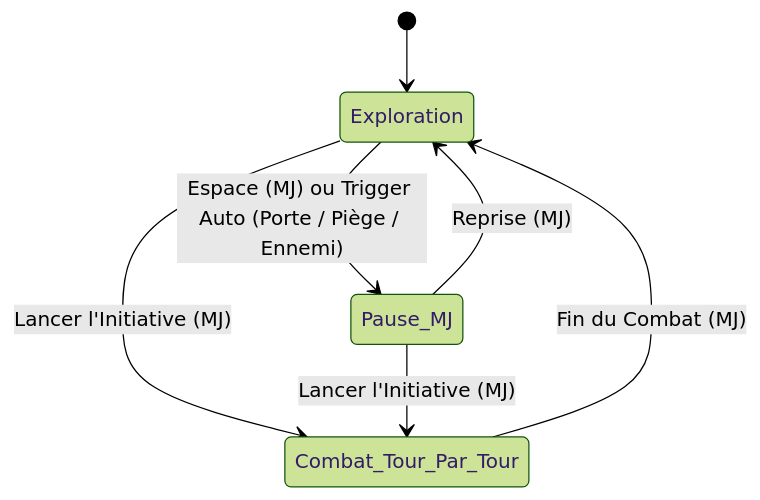
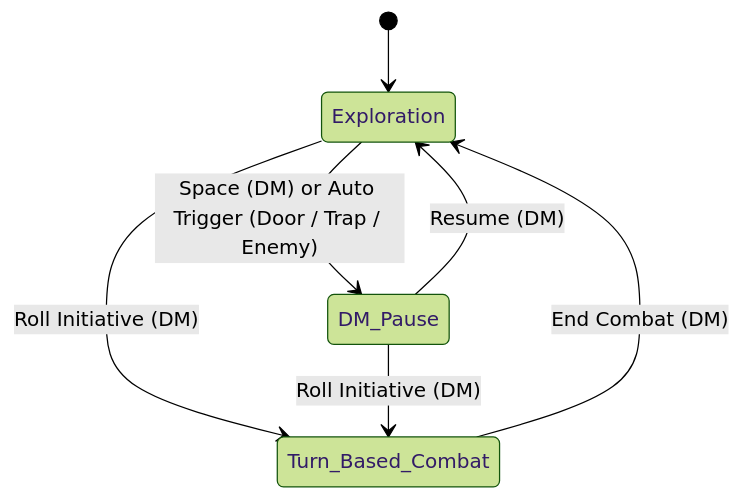
One commit to Hartorn-Inc/trame changed the diagram in docs/specs/01-TABLE-SPEC.md. Above: the diagram before and after it, drawn with Mermaid (forest theme). The commit also changed other lines of this file and 29 other files, not shown here.

Commit message:
docs: translate all specs/ADRs to English and add architectural module documentation

````diff
--- a/docs/specs/01-TABLE-SPEC.md
+++ b/docs/specs/01-TABLE-SPEC.md
@@ -11,9 +11,9 @@
 ```mermaid
 stateDiagram-v2
     [*] --> Exploration
-    Exploration --> Pause_MJ : Espace (MJ) ou Trigger Auto (Porte / Piège / Ennemi)
-    Pause_MJ --> Exploration : Reprise (MJ)
-    Exploration --> Combat_Tour_Par_Tour : Lancer l'Initiative (MJ)
-    Pause_MJ --> Combat_Tour_Par_Tour : Lancer l'Initiative (MJ)
-    Combat_Tour_Par_Tour --> Exploration : Fin du Combat (MJ)
+    Exploration --> DM_Pause : Space (DM) or Auto Trigger (Door / Trap / Enemy)
+    DM_Pause --> Exploration : Resume (DM)
+    Exploration --> Turn_Based_Combat : Roll Initiative (DM)
+    DM_Pause --> Turn_Based_Combat : Roll Initiative (DM)
+    Turn_Based_Combat --> Exploration : End Combat (DM)
 ```
````
